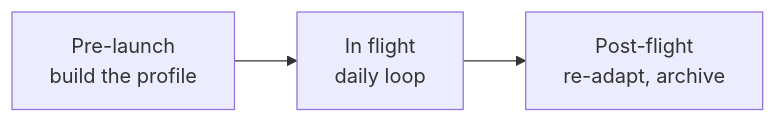
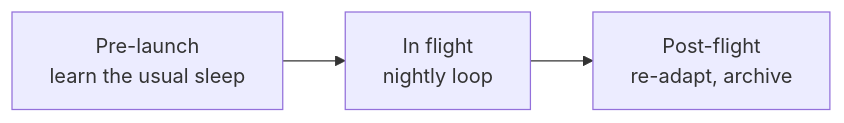
Before and after one commit to CynthiaSalazarB/Nasa: the first of 2 diagrams in docs/DATA_FLOW.md, drawn with Mermaid. The commit also changed other lines of this file, not shown here.

Commit message:
docs: data flow for ORBITAL (sleep pivot)

````diff
--- a/docs/DATA_FLOW.md
+++ b/docs/DATA_FLOW.md
@@ -11,4 +11,4 @@
 ```mermaid
 flowchart LR
-  A["Pre-launch<br/>build the profile"] --> B["In flight<br/>daily loop"] --> C["Post-flight<br/>re-adapt, archive"]
+  A["Pre-launch<br/>learn the usual sleep"] --> B["In flight<br/>nightly loop"] --> C["Post-flight<br/>re-adapt, archive"]
 ```
````
